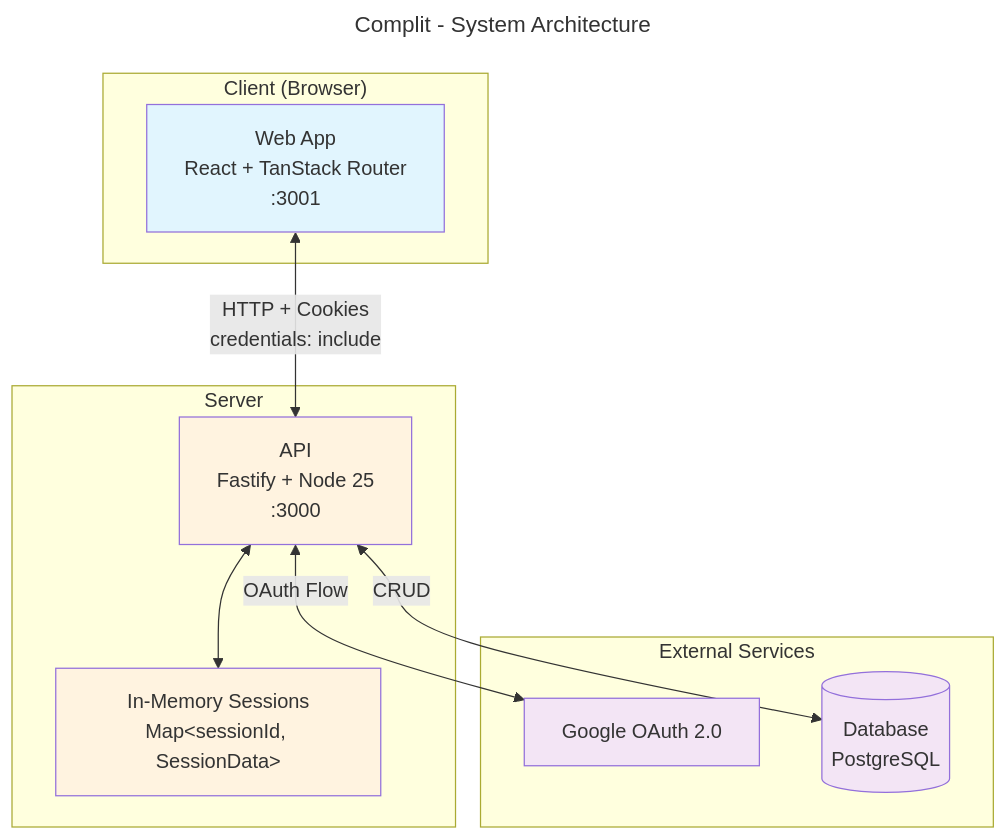
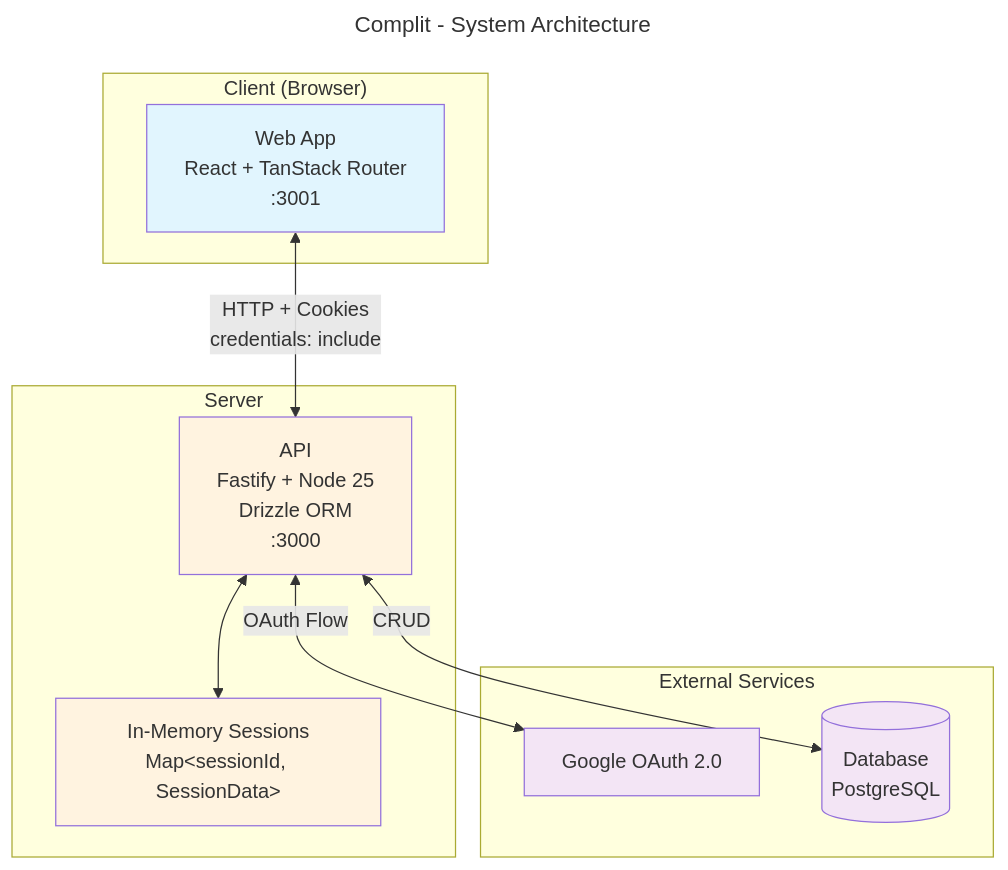
One commit to 01speed1/complit changed the diagram in docs/architecture.mmd. Above: the diagram before and after it, drawn with Mermaid. The commit also changed 1 other file, not shown here.

```diff
--- a/docs/architecture.mmd
+++ b/docs/architecture.mmd
@@ -1,31 +1,31 @@
 ---
 title: Complit - System Architecture
 ---
 
 flowchart TB
     subgraph Client["Client (Browser)"]
         Web["Web App<br/>React + TanStack Router<br/>:3001"]
     end
 
     subgraph Server["Server"]
-        API["API<br/>Fastify + Node 25<br/>:3000"]
+        API["API<br/>Fastify + Node 25<br/>Drizzle ORM<br/>:3000"]
         Sessions["In-Memory Sessions<br/>Map&lt;sessionId, SessionData&gt;"]
     end
 
     subgraph External["External Services"]
         Google["Google OAuth 2.0"]
         DB[(Database<br/>PostgreSQL)]
     end
 
     Web <-->|"HTTP + Cookies<br/>credentials: include"| API
     API <--> Sessions
     API <-->|"OAuth Flow"| Google
     API <-->|"CRUD"| DB
 
     classDef client fill:#e1f5fe
     classDef server fill:#fff3e0
     classDef external fill:#f3e5f5
 
     class Web client
     class API,Sessions server
     class Google,DB external
```
